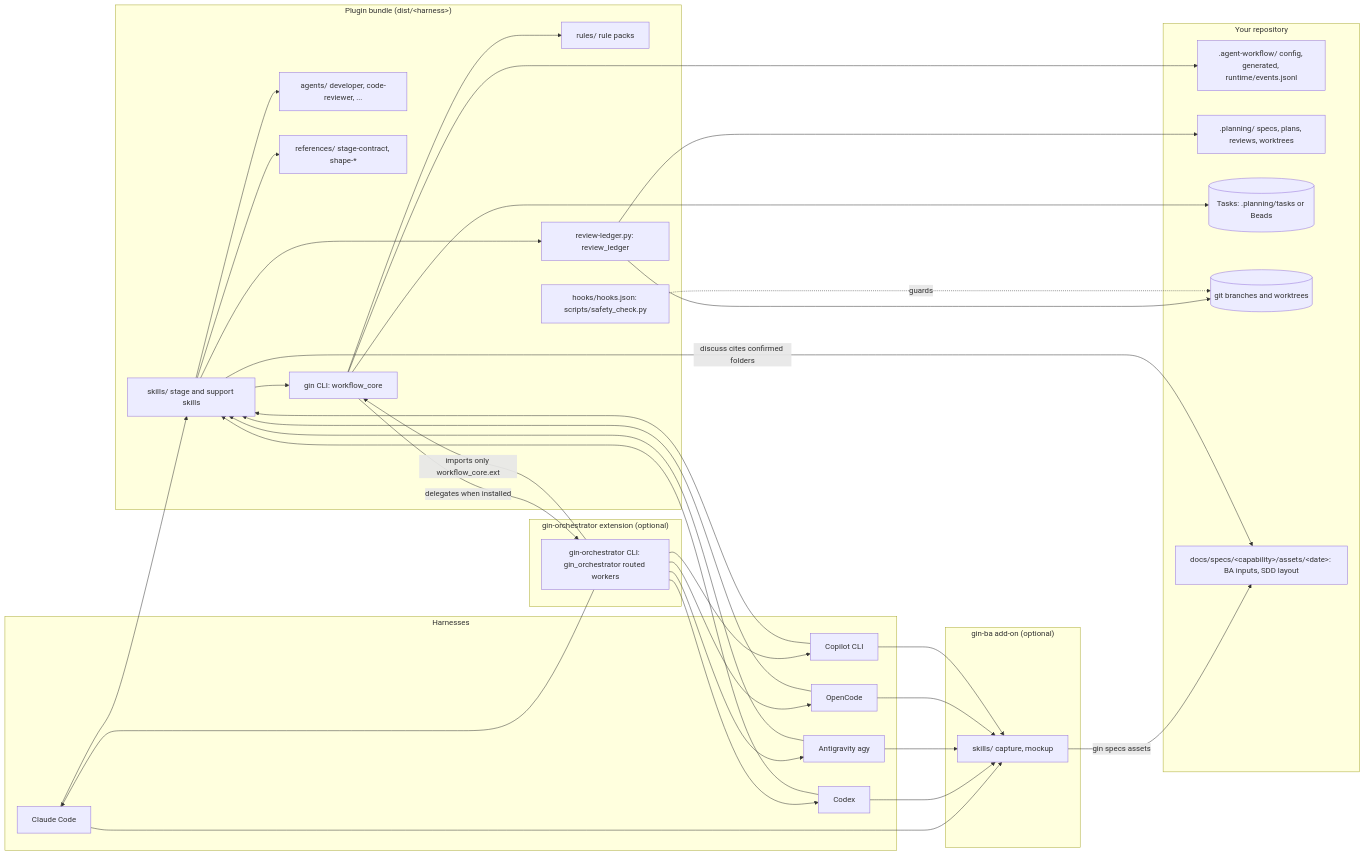
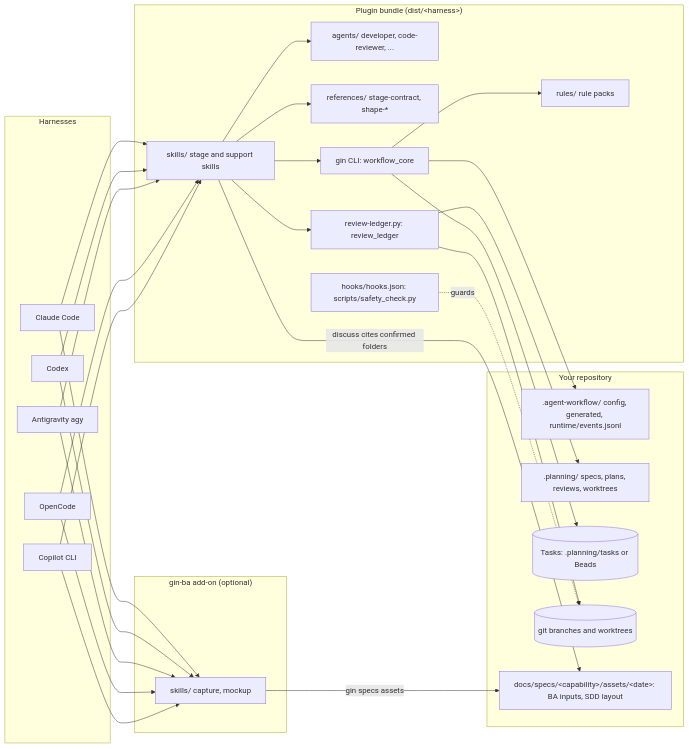
Before and after one commit to giangdhwhtbr/gin-workflow: the first of 6 diagrams in docs/concepts/architecture.md, drawn with Mermaid. The commit also changed other lines of this file and 31 other files, not shown here.

Commit message:
docs: gin runs in one harness; remove the orchestrator pages; 3.3.0 changelog and upgrade notes (retire-orchestrator)

````diff
--- a/docs/concepts/architecture.md
+++ b/docs/concepts/architecture.md
@@ -7,49 +7,43 @@
 ```mermaid
 flowchart LR
     subgraph Harnesses
         CC[Claude Code]
         CX[Codex]
         AG[Antigravity agy]
         OC[OpenCode]
         CP[Copilot CLI]
     end
     subgraph Bundle["Plugin bundle (dist/&lt;harness&gt;)"]
         SK[skills/ stage and support skills]
         AGT[agents/ developer, code-reviewer, ...]
         REF[references/ stage-contract, shape-*]
         RUL[rules/ rule packs]
         HK[hooks/hooks.json: scripts/safety_check.py]
         CLI[gin CLI: workflow_core]
         RL[review-ledger.py: review_ledger]
-    end
-    subgraph EXT["gin-orchestrator extension (optional)"]
-        ORC[gin-orchestrator CLI: gin_orchestrator routed workers]
     end
     subgraph ADD["gin-ba add-on (optional)"]
         BA[skills/ capture, mockup]
     end
     subgraph Repo["Your repository"]
         CFG[.agent-workflow/ config, generated, runtime/events.jsonl]
         PLN[.planning/ specs, plans, reviews, worktrees]
         TK[(Tasks: .planning/tasks or Beads)]
         GIT[(git branches and worktrees)]
         AST[docs/specs/&lt;capability&gt;/assets/&lt;date&gt;: BA inputs, SDD layout]
     end
     CC & CX & AG & OC & CP --> SK
     CC & CX & AG & OC & CP --> BA
     BA -->|gin specs assets| AST
     SK -->|discuss cites confirmed folders| AST
     SK --> AGT
     SK --> REF
     SK --> CLI
     SK --> RL
     CLI --> RUL
     CLI --> CFG
     CLI --> TK
     RL --> PLN
     RL --> GIT
-    CLI -->|delegates when installed| ORC
-    ORC -->|imports only workflow_core.ext| CLI
-    ORC --> CC & CX & AG & OC & CP
     HK -.guards.-> GIT
 ```
````
